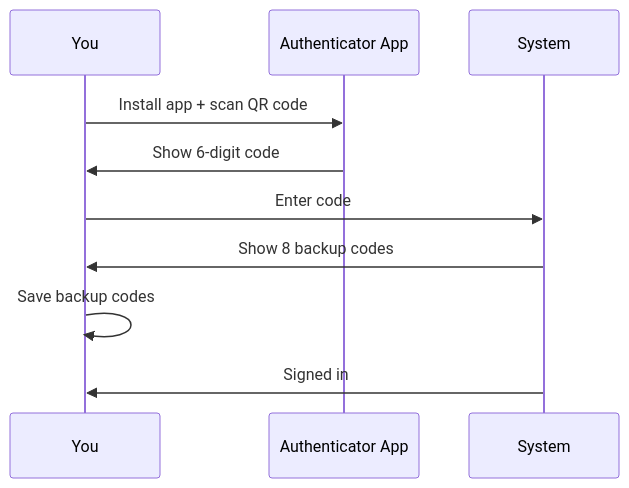
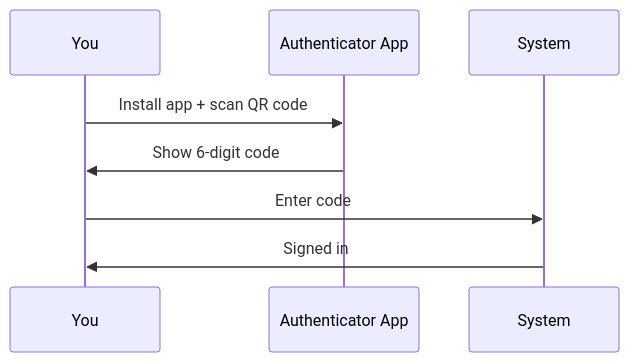
One commit to sampadadiwan/IRM_CompanyMain changed the third of 3 diagrams in docs/user_guides/two_factor_authentication_user_guide.md. Above: the diagram before and after it, drawn with Mermaid. The commit also changed other lines of this file and 39 other files, not shown here.

````diff
--- a/docs/user_guides/two_factor_authentication_user_guide.md
+++ b/docs/user_guides/two_factor_authentication_user_guide.md
@@ -125,13 +120,11 @@
 ```mermaid
 sequenceDiagram
     participant U as You
     participant A as Authenticator App
     participant S as System
 
     U->>A: Install app + scan QR code
     A->>U: Show 6-digit code
     U->>S: Enter code
-    S->>U: Show 8 backup codes
-    U->>U: Save backup codes
     S->>U: Signed in
 ```
````
